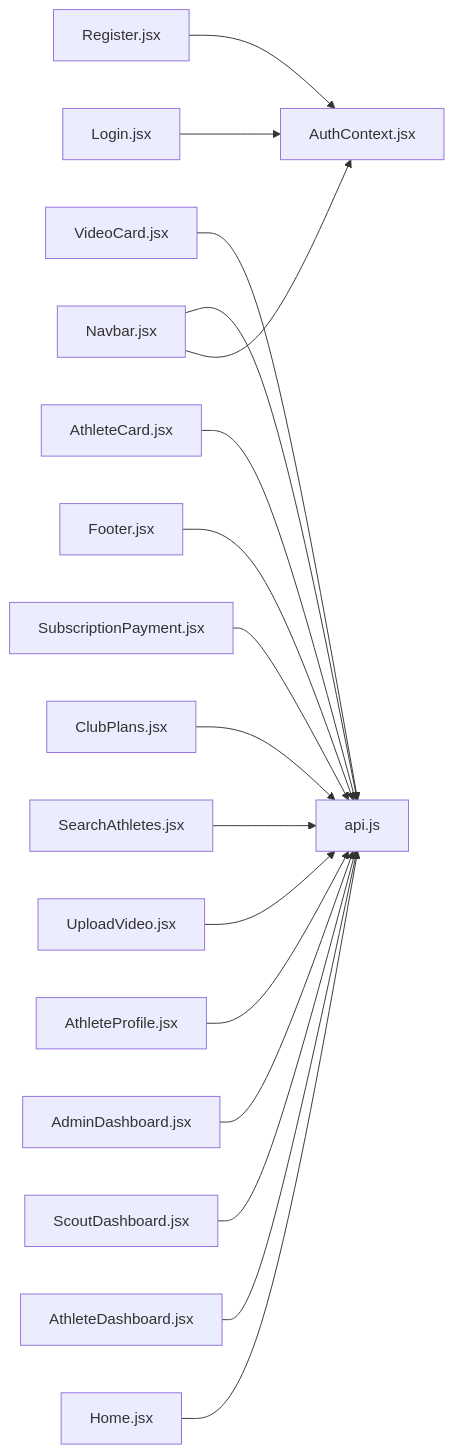
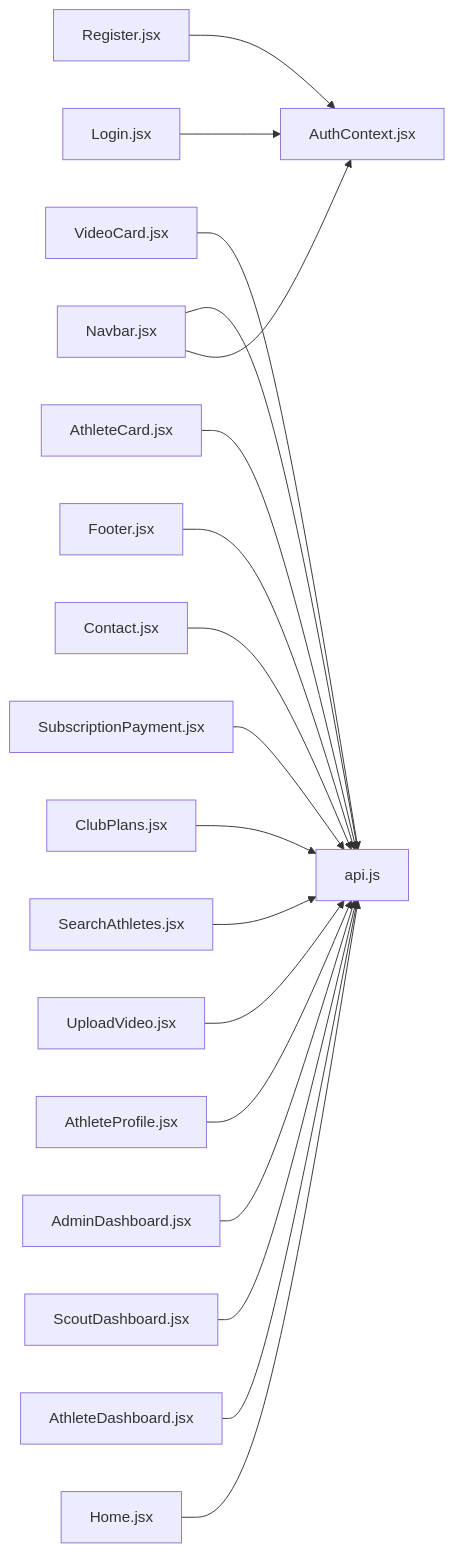
Before and after one commit to Alexandrexicara/craque-vision: diagram 15 of 15 in .qoder/repowiki/en/content/Frontend Application/Page Components.md, drawn with Mermaid. The commit also changed other lines of this file and 2 other files, not shown here.

````diff
--- a/.qoder/repowiki/en/content/Frontend Application/Page Components.md
+++ b/.qoder/repowiki/en/content/Frontend Application/Page Components.md
@@ -580,19 +621,20 @@
 ```mermaid
 graph LR
 Login["Login.jsx"] --> AuthCtx["AuthContext.jsx"]
 Register["Register.jsx"] --> AuthCtx
 Home["Home.jsx"] --> Api["api.js"]
 AthleteDash["AthleteDashboard.jsx"] --> Api
 ScoutDash["ScoutDashboard.jsx"] --> Api
 AdminDash["AdminDashboard.jsx"] --> Api
 AthleteProfile["AthleteProfile.jsx"] --> Api
 UploadVideo["UploadVideo.jsx"] --> Api
 SearchAthletes["SearchAthletes.jsx"] --> Api
 ClubPlans["ClubPlans.jsx"] --> Api
 SubscriptionPayment["SubscriptionPayment.jsx"] --> Api
+Contact["Contact.jsx"] --> Api
 Navbar["Navbar.jsx"] --> AuthCtx
 Navbar --> Api
 Footer["Footer.jsx"] --> Api
 AthleteCard["AthleteCard.jsx"] --> Api
 VideoCard["VideoCard.jsx"] --> Api
 ```
````
